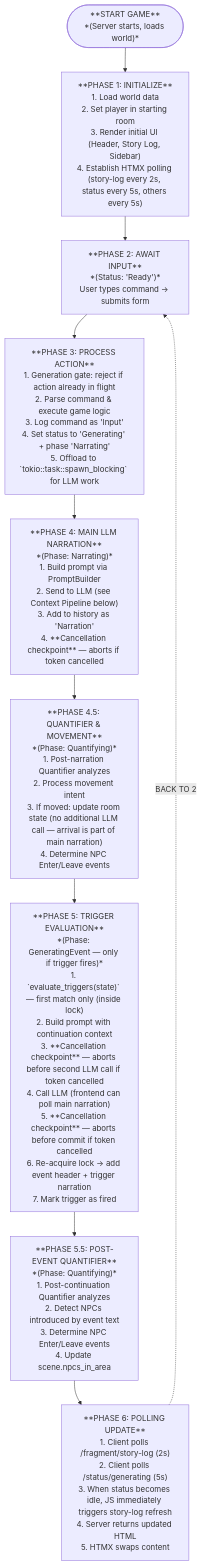
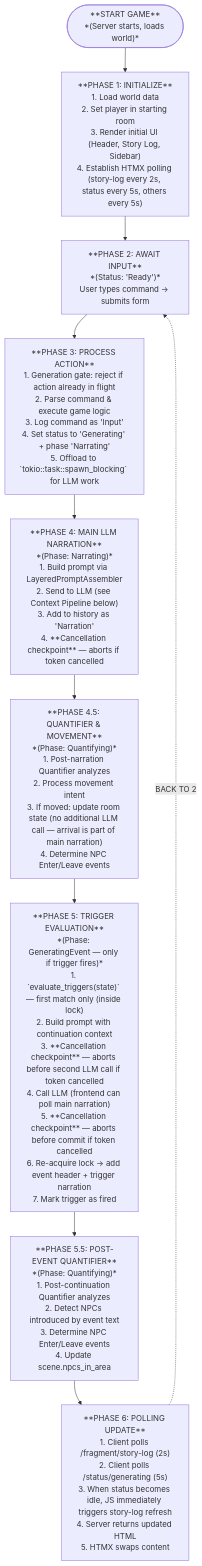
One commit to notsonormal/chronicler-engine changed the first of 3 diagrams in chronicler_engine/docs/system/game_flow.md. Above: the diagram before and after it, drawn with Mermaid. The commit also changed other lines of this file and 40 other files, not shown here.

First line of the commit message:
refactor(engine): replace PromptBuilder with PromptAssembler

````diff
--- a/chronicler_engine/docs/system/game_flow.md
+++ b/chronicler_engine/docs/system/game_flow.md
@@ -11,30 +11,30 @@
 ```mermaid
 flowchart TD
     Start(["**START GAME**<br>*(Server starts, loads world)*"])
     
     Phase1["**PHASE 1: INITIALIZE**<br>1. Load world data<br>2. Set player in starting room<br>3. Render initial UI (Header, Story Log, Sidebar)<br>4. Establish HTMX polling (story-log every 2s, status every 5s, others every 5s)"]
     
     Phase2["**PHASE 2: AWAIT INPUT**<br>*(Status: 'Ready')*<br>User types command → submits form"]
     
     Phase3["**PHASE 3: PROCESS ACTION**<br>1. Generation gate: reject if action already in flight<br>2. Parse command & execute game logic<br>3. Log command as 'Input'<br>4. Set status to 'Generating' + phase 'Narrating'<br>5. Offload to `tokio::task::spawn_blocking` for LLM work"]
     
-    Phase4["**PHASE 4: MAIN LLM NARRATION**<br>*(Phase: Narrating)*<br>1. Build prompt via PromptBuilder<br>2. Send to LLM (see Context Pipeline below)<br>3. Add to history as 'Narration'<br>4. **Cancellation checkpoint** — aborts if token cancelled"]
+    Phase4["**PHASE 4: MAIN LLM NARRATION**<br>*(Phase: Narrating)*<br>1. Build prompt via LayeredPromptAssembler<br>2. Send to LLM (see Context Pipeline below)<br>3. Add to history as 'Narration'<br>4. **Cancellation checkpoint** — aborts if token cancelled"]
     
     Phase45["**PHASE 4.5: QUANTIFIER & MOVEMENT**<br>*(Phase: Quantifying)*<br>1. Post-narration Quantifier analyzes<br>2. Process movement intent<br>3. If moved: update room state (no additional LLM call — arrival is part of main narration)<br>4. Determine NPC Enter/Leave events"]
     
     Phase5["**PHASE 5: TRIGGER EVALUATION**<br>*(Phase: GeneratingEvent — only if trigger fires)*<br>1. `evaluate_triggers(state)` — first match only (inside lock)<br>2. Build prompt with continuation context<br>3. **Cancellation checkpoint** — aborts before second LLM call if token cancelled<br>4. Call LLM (frontend can poll main narration)<br>5. **Cancellation checkpoint** — aborts before commit if token cancelled<br>6. Re-acquire lock → add event header + trigger narration<br>7. Mark trigger as fired"]
 
     Phase55["**PHASE 5.5: POST-EVENT QUANTIFIER**<br>*(Phase: Quantifying)*<br>1. Post-continuation Quantifier analyzes<br>2. Detect NPCs introduced by event text<br>3. Determine NPC Enter/Leave events<br>4. Update scene.npcs_in_area"]
     
     Phase6["**PHASE 6: POLLING UPDATE**<br>1. Client polls /fragment/story-log (2s)<br>2. Client polls /status/generating (5s)<br>3. When status becomes idle, JS immediately triggers story-log refresh<br>4. Server returns updated HTML<br>5. HTMX swaps content"]
 
     Start --> Phase1
     Phase1 --> Phase2
     Phase2 --> Phase3
     Phase3 --> Phase4
     Phase4 --> Phase45
     Phase45 --> Phase5
     Phase5 --> Phase55
     Phase55 --> Phase6
     Phase6 -.->|BACK TO 2| Phase2
 ```
````
